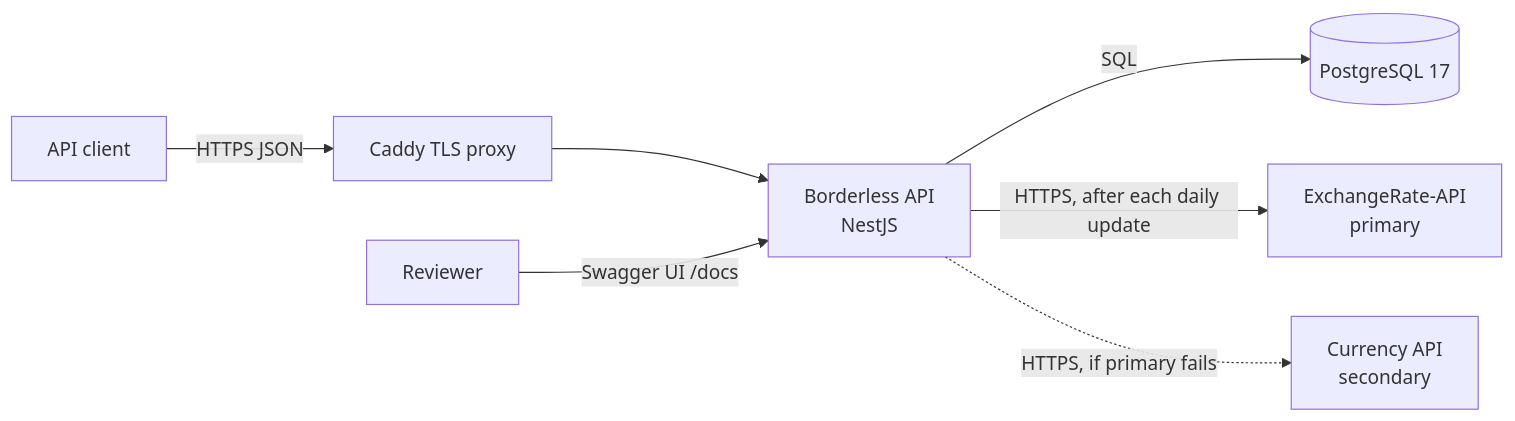
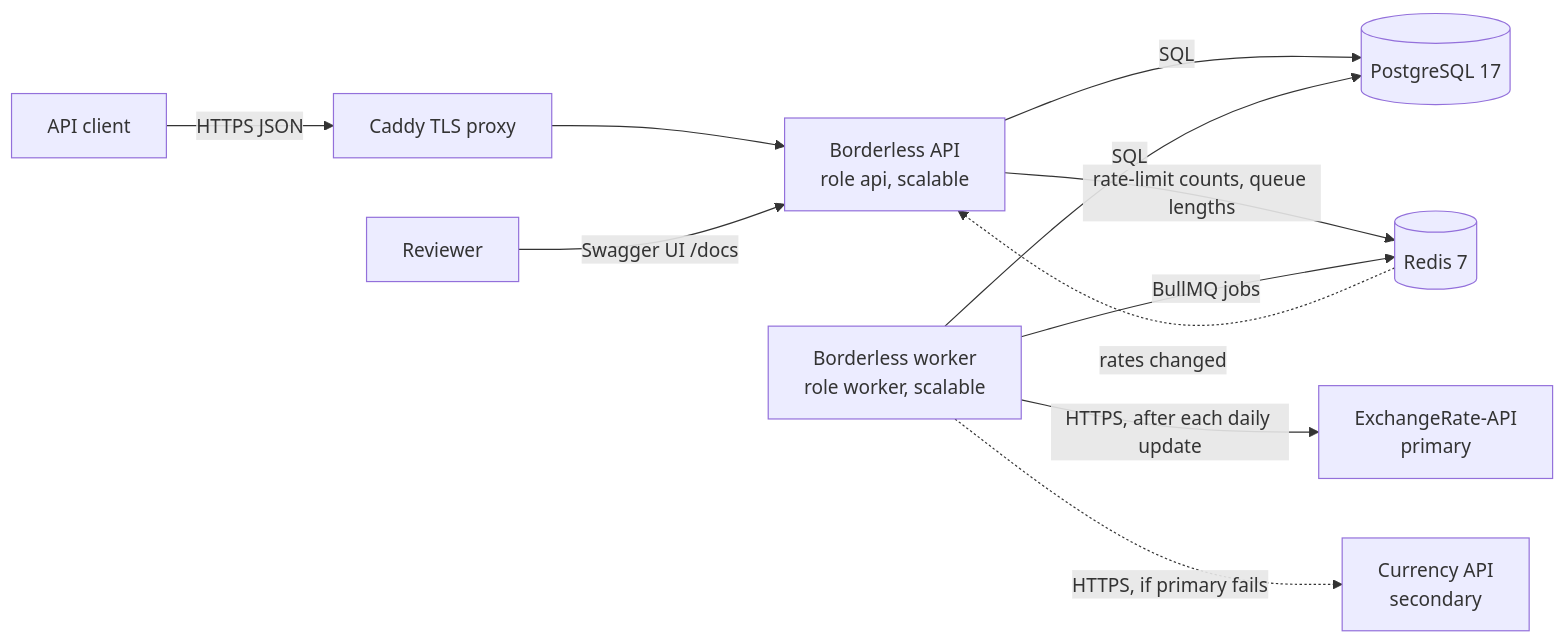
The first of 4 diagrams in docs/architecture.md (nobledeveloper01/operation-borderless), drawn with Mermaid before and after one commit. The commit also changed other lines of this file and 15 other files, not shown here.

Commit message:
docs: record the Redis and BullMQ decision and bring every doc in line with the API and worker roles

````diff
--- a/docs/architecture.md
+++ b/docs/architecture.md
@@ -16,8 +21,12 @@
 ```mermaid
 flowchart LR
-  client[API client] -->|HTTPS JSON| proxy[Caddy TLS proxy] --> api[Borderless API<br/>NestJS]
+  client[API client] -->|HTTPS JSON| proxy[Caddy TLS proxy] --> api[Borderless API<br/>role api, scalable]
   api -->|SQL| db[(PostgreSQL 17)]
-  api -->|HTTPS, after each daily update| fx[ExchangeRate-API<br/>primary]
-  api -.->|HTTPS, if primary fails| fx2[Currency API<br/>secondary]
+  api -->|rate-limit counts, queue lengths| redis[(Redis 7)]
+  worker[Borderless worker<br/>role worker, scalable] -->|BullMQ jobs| redis
+  worker -->|SQL| db
+  redis -.->|rates changed| api
+  worker -->|HTTPS, after each daily update| fx[ExchangeRate-API<br/>primary]
+  worker -.->|HTTPS, if primary fails| fx2[Currency API<br/>secondary]
   reviewer[Reviewer] -->|Swagger UI /docs| api
 ```
````
